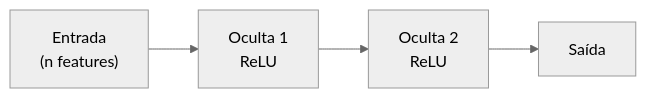
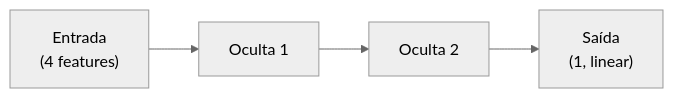
Before and after one commit to TheoRibeiroFranca/redes_neurais_deep_learning_Theo: the diagram in docs/projects/regression/index.md, drawn with Mermaid (neutral theme). The commit also changed other lines of this file and 9 other files, not shown here.

````diff
--- a/docs/projects/regression/index.md
+++ b/docs/projects/regression/index.md
@@ -56,6 +73,6 @@
 ``` mermaid
 flowchart LR
-    x["Entrada<br/>(n features)"] --> h1["Oculta 1<br/>ReLU"]
-    h1 --> h2["Oculta 2<br/>ReLU"]
-    h2 --> out["Saída"]
+    x["Entrada<br/>(4 features)"] --> h1["Oculta 1"]
+    h1 --> h2["Oculta 2"]
+    h2 --> out["Saída<br/>(1, linear)"]
 ```
````
